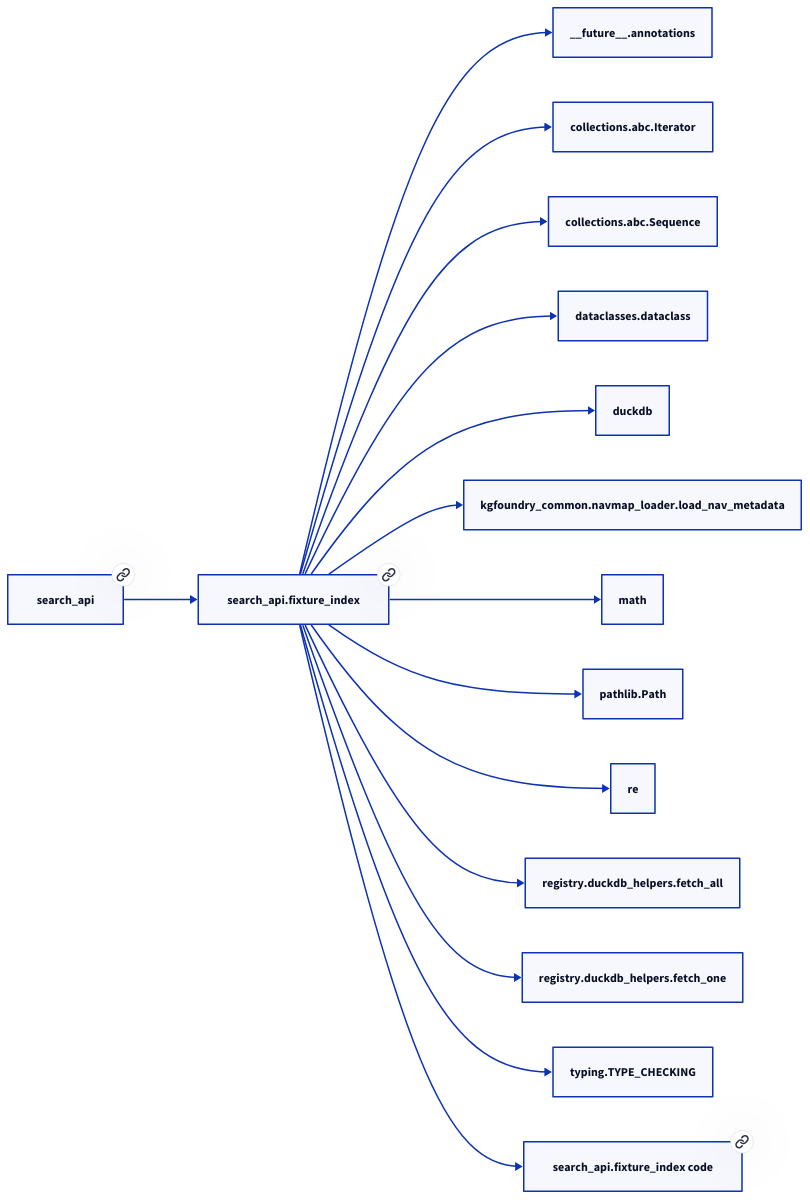
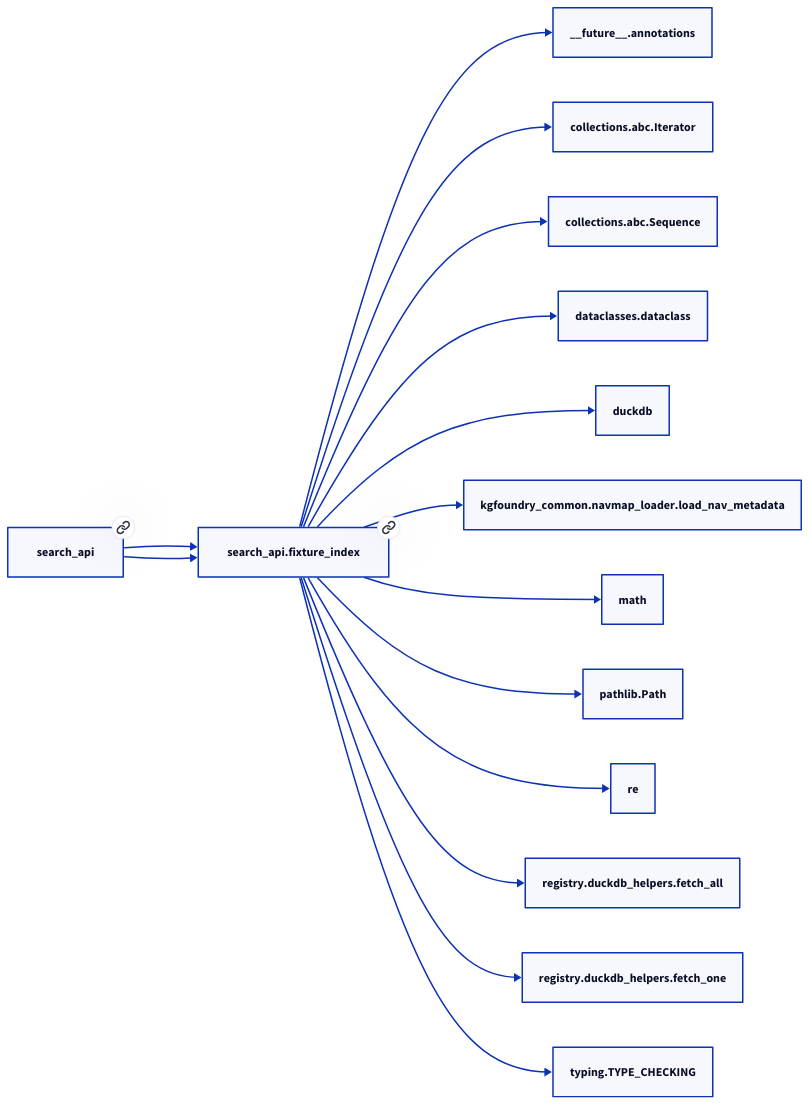
Before and after one commit to paul-heyse/kgforge: the second of 2 diagrams in docs/modules/search_api/fixture_index.md, drawn with D2. The commit also changed other lines of this file and 208 other files, not shown here.

````diff
--- a/docs/modules/search_api/fixture_index.md
+++ b/docs/modules/search_api/fixture_index.md
@@ -52,32 +56,31 @@
 ```d2
 direction: right
-"search_api.fixture_index": "search_api.fixture_index" { link: "./search_api/fixture_index.md" }
+"search_api.fixture_index": "search_api.fixture_index" { link: "https://github.com/paul-heyse/kgfoundry/blob/main/src/search_api/fixture_index.py" }
 "__future__.annotations": "__future__.annotations"
 "search_api.fixture_index" -> "__future__.annotations"
 "collections.abc.Iterator": "collections.abc.Iterator"
 "search_api.fixture_index" -> "collections.abc.Iterator"
 "collections.abc.Sequence": "collections.abc.Sequence"
 "search_api.fixture_index" -> "collections.abc.Sequence"
 "dataclasses.dataclass": "dataclasses.dataclass"
 "search_api.fixture_index" -> "dataclasses.dataclass"
 "duckdb": "duckdb"
 "search_api.fixture_index" -> "duckdb"
 "kgfoundry_common.navmap_loader.load_nav_metadata": "kgfoundry_common.navmap_loader.load_nav_metadata"
 "search_api.fixture_index" -> "kgfoundry_common.navmap_loader.load_nav_metadata"
 "math": "math"
 "search_api.fixture_index" -> "math"
 "pathlib.Path": "pathlib.Path"
 "search_api.fixture_index" -> "pathlib.Path"
 "re": "re"
 "search_api.fixture_index" -> "re"
 "registry.duckdb_helpers.fetch_all": "registry.duckdb_helpers.fetch_all"
 "search_api.fixture_index" -> "registry.duckdb_helpers.fetch_all"
 "registry.duckdb_helpers.fetch_one": "registry.duckdb_helpers.fetch_one"
 "search_api.fixture_index" -> "registry.duckdb_helpers.fetch_one"
 "typing.TYPE_CHECKING": "typing.TYPE_CHECKING"
 "search_api.fixture_index" -> "typing.TYPE_CHECKING"
-"search_api": "search_api" { link: "./search_api.md" }
+"search_api": "search_api" { link: "https://github.com/paul-heyse/kgfoundry/blob/main/src/search_api/__init__.py" }
 "search_api" -> "search_api.fixture_index"
-"search_api.fixture_index_code": "search_api.fixture_index code" { link: "https://github.com/kgfoundry/kgfoundry/blob/main/src/search_api/fixture_index.py" }
-"search_api.fixture_index" -> "search_api.fixture_index_code" { style: dashed }
+"search_api" -> "search_api.fixture_index" { style: dashed }
 ```
````
